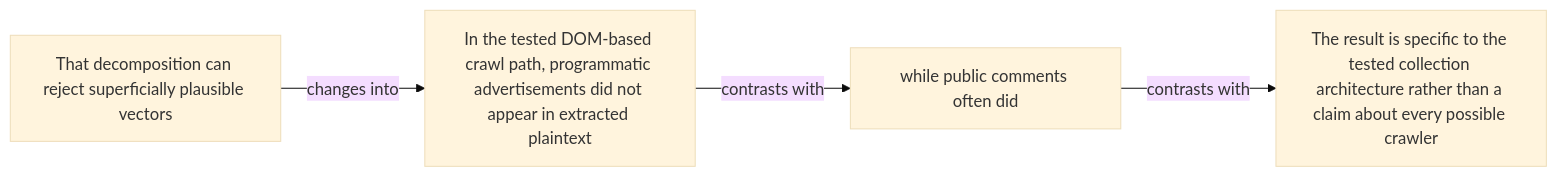
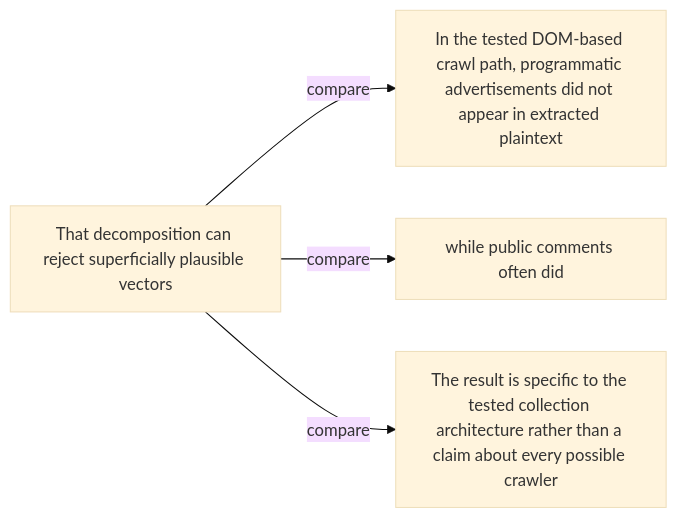
One commit to Betancourt1/paper_atlas changed diagram 12 of 48 in docs/visual-manifests/VISUAL_MANIFEST_COMPUTATIONAL_PROPAGANDA.md. Above: the diagram before and after it, drawn with Mermaid (base theme). The commit also changed other lines of this file and 7 other files, not shown here.

````diff
--- a/docs/visual-manifests/VISUAL_MANIFEST_COMPUTATIONAL_PROPAGANDA.md
+++ b/docs/visual-manifests/VISUAL_MANIFEST_COMPUTATIONAL_PROPAGANDA.md
@@ -776,10 +897,10 @@
 ```mermaid
 flowchart LR
   n1["That decomposition can reject superficially plausible vectors"]
   n2["In the tested DOM-based crawl path, programmatic advertisements did not appear in extracted plaintext"]
   n3["while public comments often did"]
   n4["The result is specific to the tested collection architecture rather than a claim about every possible crawler"]
-  n1 -->|"changes into"| n2
-  n2 -->|"contrasts with"| n3
-  n3 -->|"contrasts with"| n4
+  n1 -->|"compare"| n2
+  n1 -->|"compare"| n3
+  n1 -->|"compare"| n4
 ```
````
